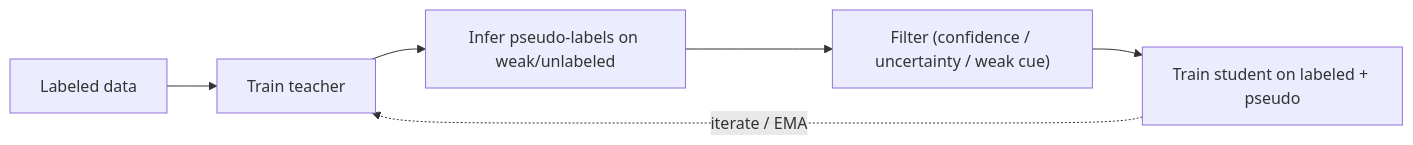
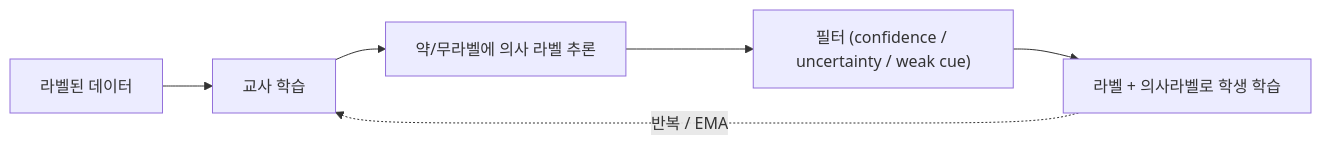
One commit to beomyoung-kim/ml_study changed the diagram in content/cv/weak-semi-supervised.ko.md. Above: the diagram before and after it, drawn with Mermaid. The commit also changed other lines of this file and 209 other files, not shown here.

````diff
--- a/content/cv/weak-semi-supervised.ko.md
+++ b/content/cv/weak-semi-supervised.ko.md
@@ -59,8 +108,8 @@
 ```mermaid
 flowchart LR
-  L[Labeled data] --> T[Train teacher]
-  T --> P[Infer pseudo-labels on weak/unlabeled]
-  P --> F["Filter (confidence / uncertainty / weak cue)"]
-  F --> S[Train student on labeled + pseudo]
-  S -.->|iterate / EMA| T
+  L[라벨된 데이터] --> T[교사 학습]
+  T --> P[약/무라벨에 의사 라벨 추론]
+  P --> F["필터 (confidence / uncertainty / weak cue)"]
+  F --> S[라벨 + 의사라벨로 학생 학습]
+  S -.->|반복 / EMA| T
 ```
````
